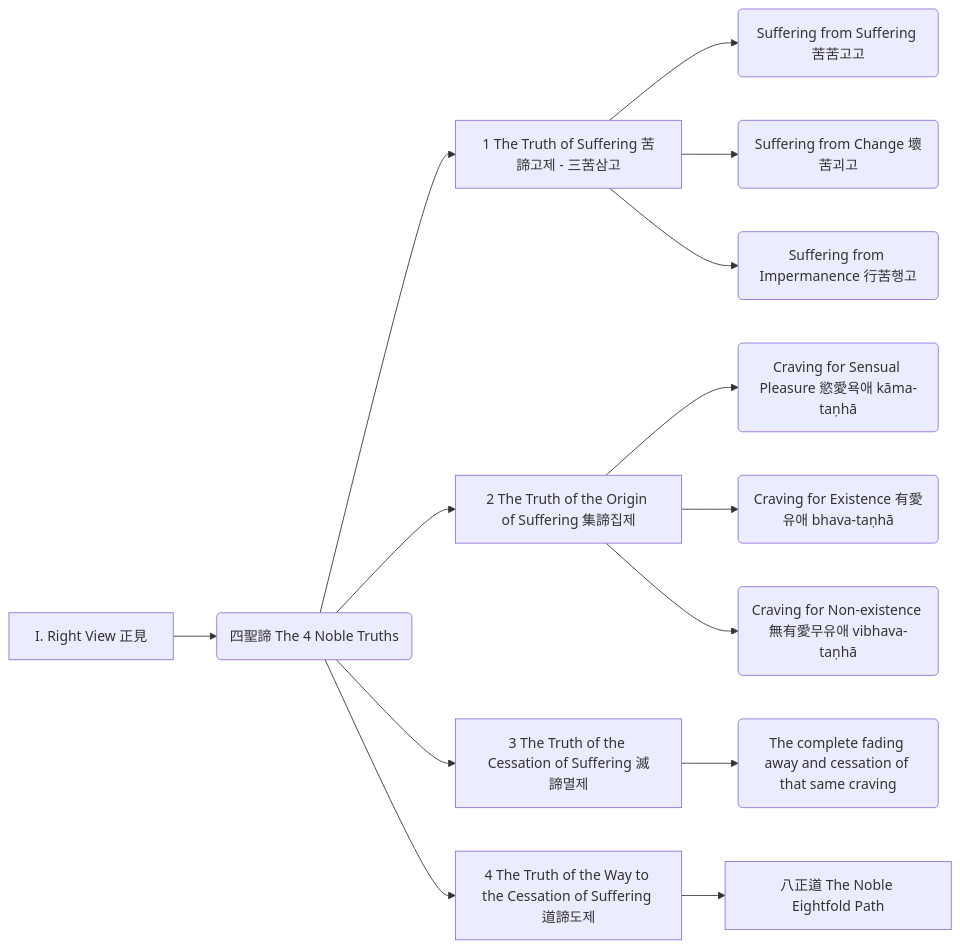
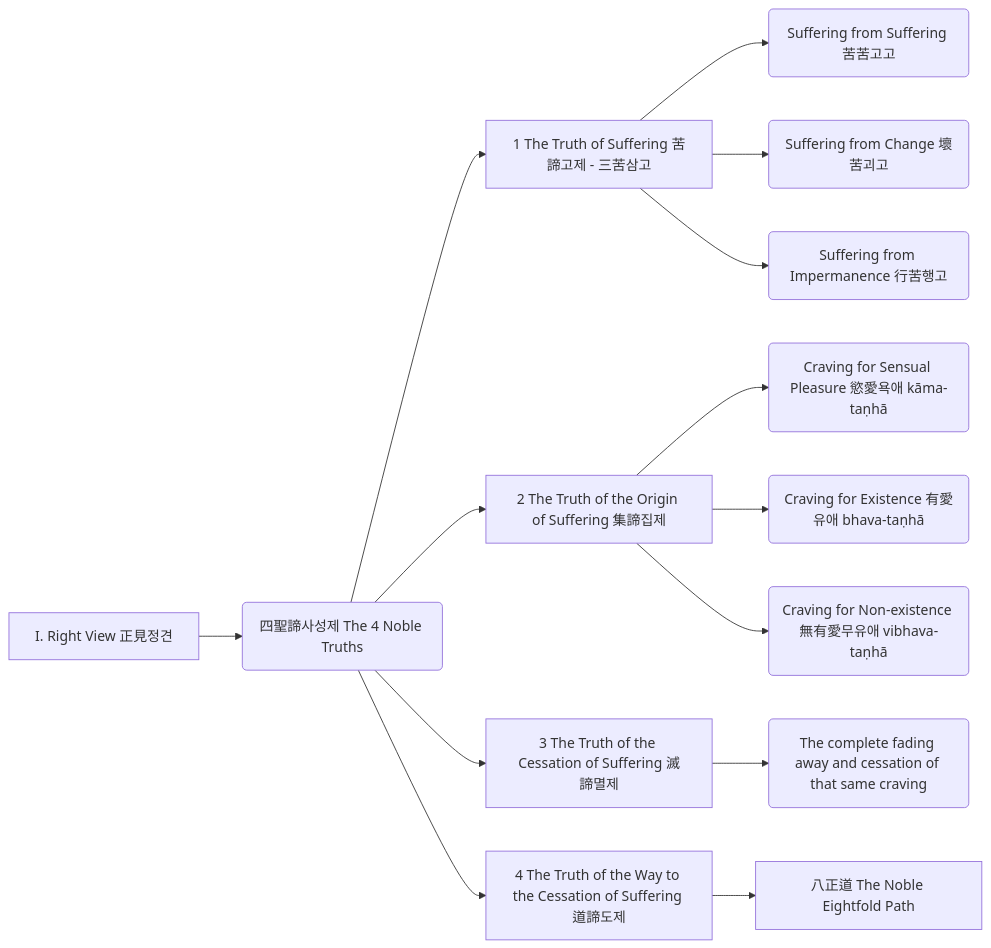
One commit to gojun077/buddha-dharma changed the second of 7 diagrams in buddhist-concept-diagrams.org. Above: the diagram before and after it, drawn with Mermaid. The commit also changed other lines of this file, not shown here.

```diff
--- a/buddhist-concept-diagrams.org
+++ b/buddhist-concept-diagrams.org
@@ -57,20 +60,20 @@
 #+begin_src mermaid :file image/saseongjae.png
   graph LR
-      A[I. Right View 正見] --> B(四聖諦 The 4 Noble Truths)
+      A[I. Right View 正見정견] --> B(四聖諦사성제 The 4 Noble Truths)
 
       B --> C[1 The Truth of Suffering 苦諦고제 - 三苦삼고]
       C --> C1(Suffering from Suffering 苦苦고고)
       C --> C2(Suffering from Change 壞苦괴고)
       C --> C3(Suffering from Impermanence 行苦행고)
 
       B --> D[2 The Truth of the Origin of Suffering 集諦집제]
       D --> D1(Craving for Sensual Pleasure 慾愛욕애 kāma-taṇhā)
       D --> D2(Craving for Existence 有愛유애 bhava-taṇhā)
       D --> D3(Craving for Non-existence 無有愛무유애 vibhava-taṇhā)
 
       B --> E[3 The Truth of the Cessation of Suffering 滅諦멸제]
       E --> E1(The complete fading away and cessation of that same craving)
 
       B --> F[4 The Truth of the Way to the Cessation of Suffering 道諦도제]
       F --> G[八正道 The Noble Eightfold Path]
 #+end_src
```
